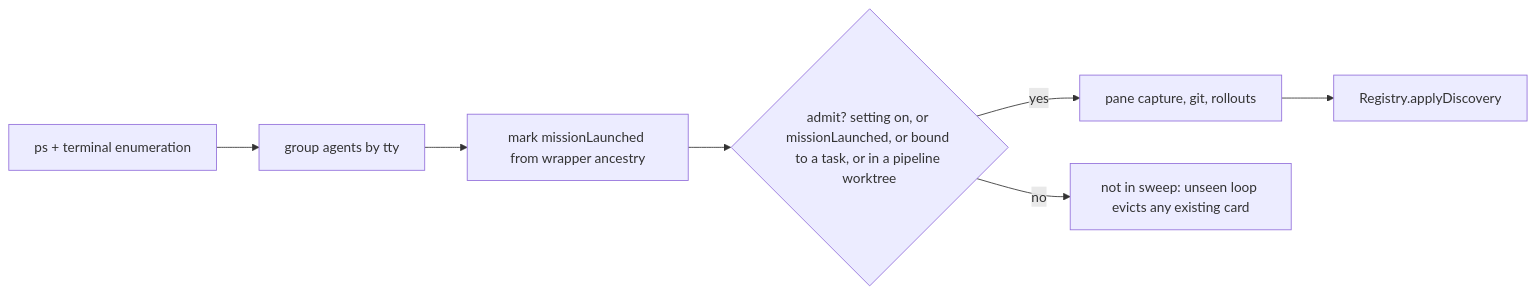
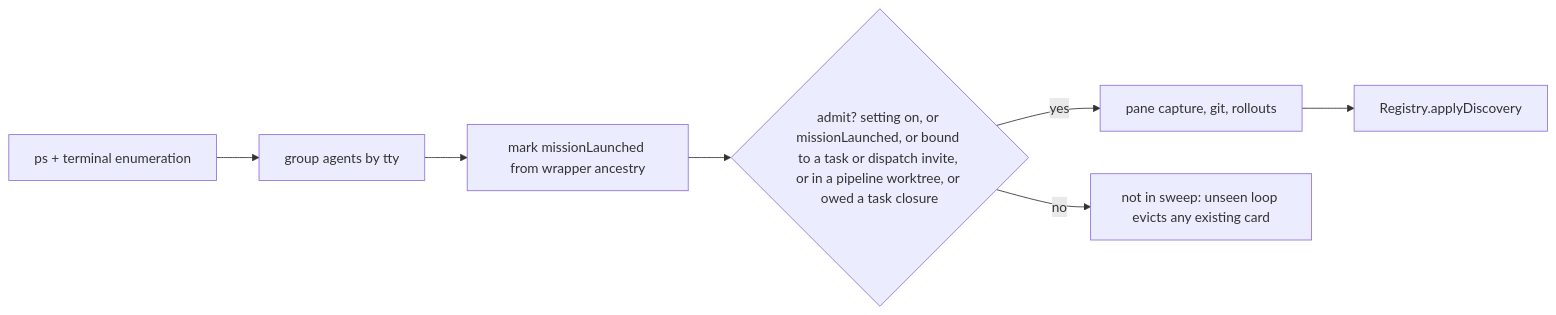
The diagram in docs/plans/hide-outside-sessions/plan.md (teamupstart/mission-control), drawn with Mermaid before and after one commit. The commit also changed other lines of this file and 4 other files, not shown here.

````diff
--- a/docs/plans/hide-outside-sessions/plan.md
+++ b/docs/plans/hide-outside-sessions/plan.md
@@ -108,8 +116,8 @@
 ```mermaid
 flowchart LR
   ps[ps + terminal enumeration] --> group[group agents by tty]
   group --> mark[mark missionLaunched from wrapper ancestry]
-  mark --> admit{admit? setting on, or missionLaunched, or bound to a task, or in a pipeline worktree}
+  mark --> admit{admit? setting on, or missionLaunched, or bound to a task or dispatch invite, or in a pipeline worktree, or owed a task closure}
   admit -- yes --> annotate[pane capture, git, rollouts] --> reg[Registry.applyDiscovery]
   admit -- no --> drop[not in sweep: unseen loop evicts any existing card]
 ```
````
